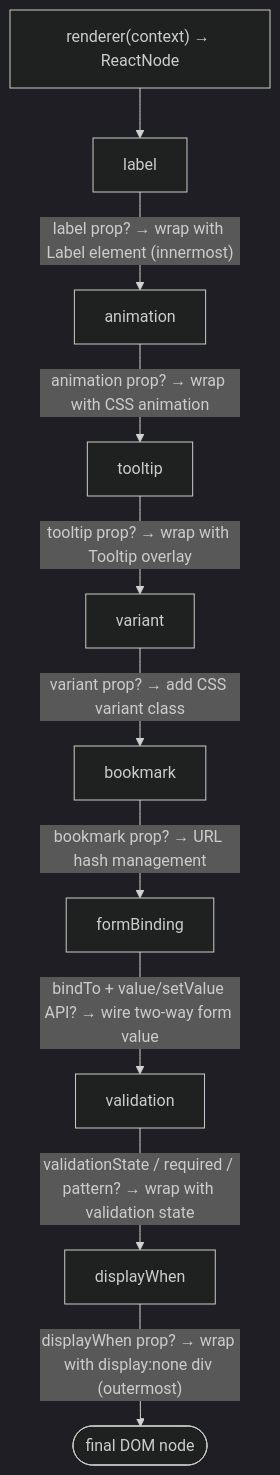
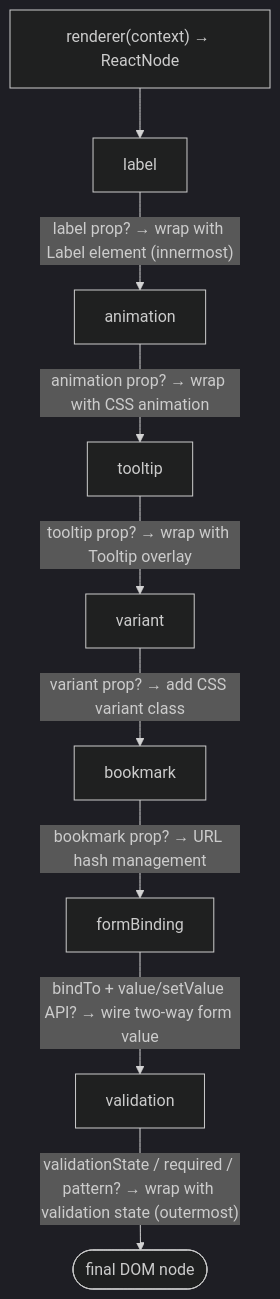
One commit to xmlui-org/xmlui changed the diagram in xmlui/dev-docs/guide/09-behaviors.md. Above: the diagram before and after it, drawn with Mermaid (dark theme). The commit also changed other lines of this file and 16 other files, not shown here.

````diff
--- a/xmlui/dev-docs/guide/09-behaviors.md
+++ b/xmlui/dev-docs/guide/09-behaviors.md
@@ -9,23 +9,21 @@
 ```mermaid
 graph TD
   R["renderer(context) → ReactNode"]
   B1["label"]
   B2["animation"]
   B3["tooltip"]
   B4["variant"]
   B5["bookmark"]
   B6["formBinding"]
   B7["validation"]
-  B8["displayWhen"]
   DOM(["final DOM node"])
 
   R --> B1
   B1 -->|"label prop? → wrap with Label element (innermost)"| B2
   B2 -->|"animation prop? → wrap with CSS animation"| B3
   B3 -->|"tooltip prop? → wrap with Tooltip overlay"| B4
   B4 -->|"variant prop? → add CSS variant class"| B5
   B5 -->|"bookmark prop? → URL hash management"| B6
   B6 -->|"bindTo + value/setValue API? → wire two-way form value"| B7
-  B7 -->|"validationState / required / pattern? → wrap with validation state"| B8
-  B8 -->|"displayWhen prop? → wrap with display:none div (outermost)"| DOM
+  B7 -->|"validationState / required / pattern? → wrap with validation state (outermost)"| DOM
 ```
````
